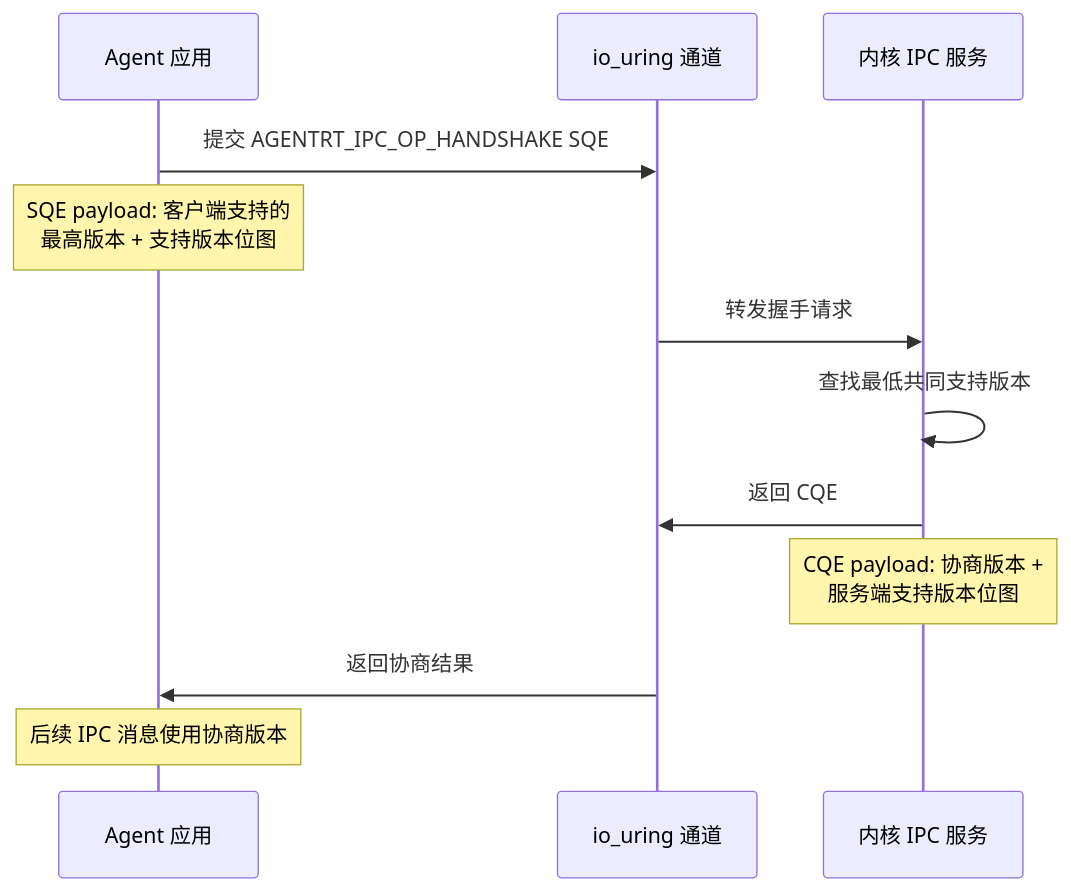
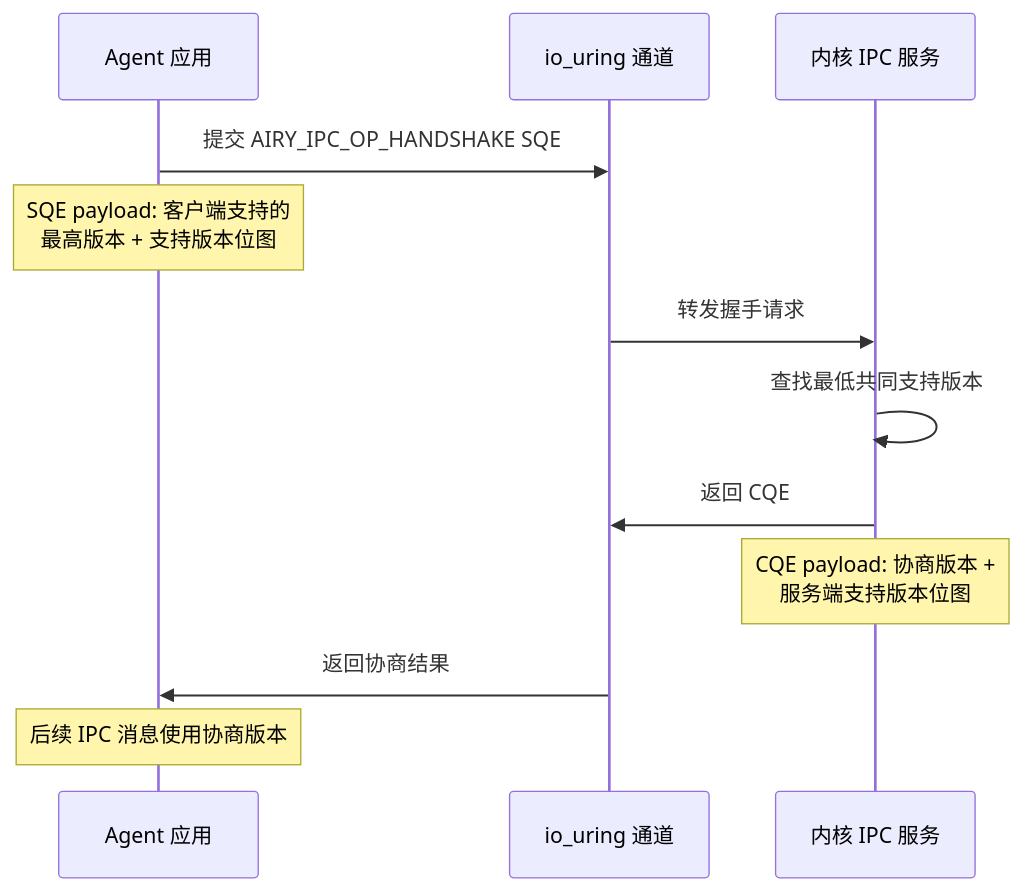
Before and after one commit to openairymax/docs-linux: the first of 4 diagrams in 160-compatibility/04-ipc-versioning.md, drawn with Mermaid. The commit also changed other lines of this file and 132 other files, not shown here.

Commit message:
chore: 完成全项目命名空间从agentrt到airy的统一替换 本次提交完成了代码库中所有`agentrt_`相关命名空间、宏定义、标识符的统一替换，改为`airy_`前缀，同时完成了部分文档的排版优化与路径修正： 1. 替换了所有API函数、结构体、宏定义的命名前缀 2. 更新了文档中的示例代码与引用路径

````diff
--- a/160-compatibility/04-ipc-versioning.md
+++ b/160-compatibility/04-ipc-versioning.md
@@ -155,15 +150,15 @@
 ```mermaid
 sequenceDiagram
     participant APP as Agent 应用
     participant URING as io_uring 通道
     participant KERN as 内核 IPC 服务
 
-    APP->>URING: 提交 AGENTRT_IPC_OP_HANDSHAKE SQE
+    APP->>URING: 提交 AIRY_IPC_OP_HANDSHAKE SQE
     Note over APP: SQE payload: 客户端支持的<br/>最高版本 + 支持版本位图
     URING->>KERN: 转发握手请求
     KERN->>KERN: 查找最低共同支持版本
     KERN->>URING: 返回 CQE
     Note over KERN: CQE payload: 协商版本 +<br/>服务端支持版本位图
     URING->>APP: 返回协商结果
     Note over APP: 后续 IPC 消息使用协商版本
 ```
````
